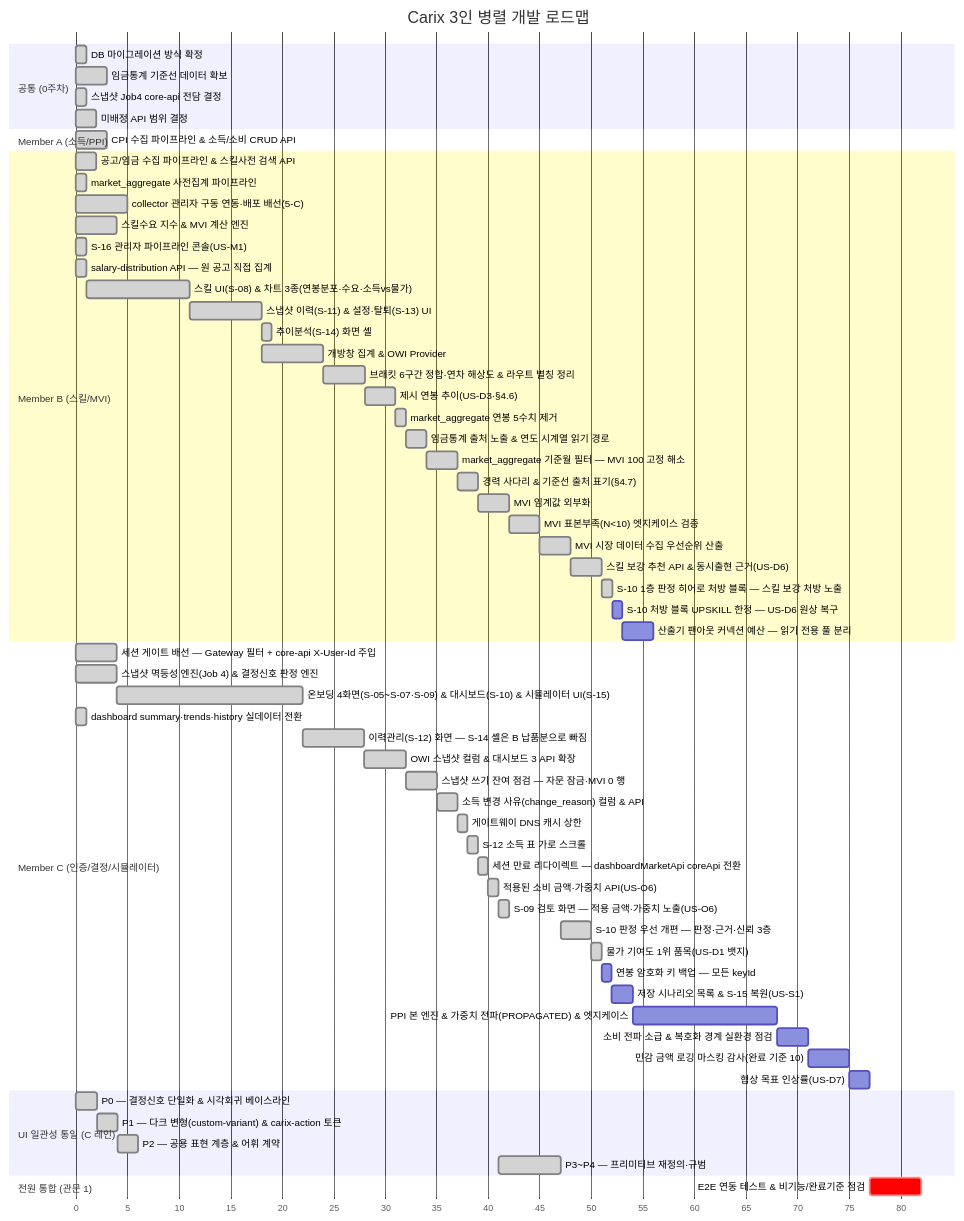
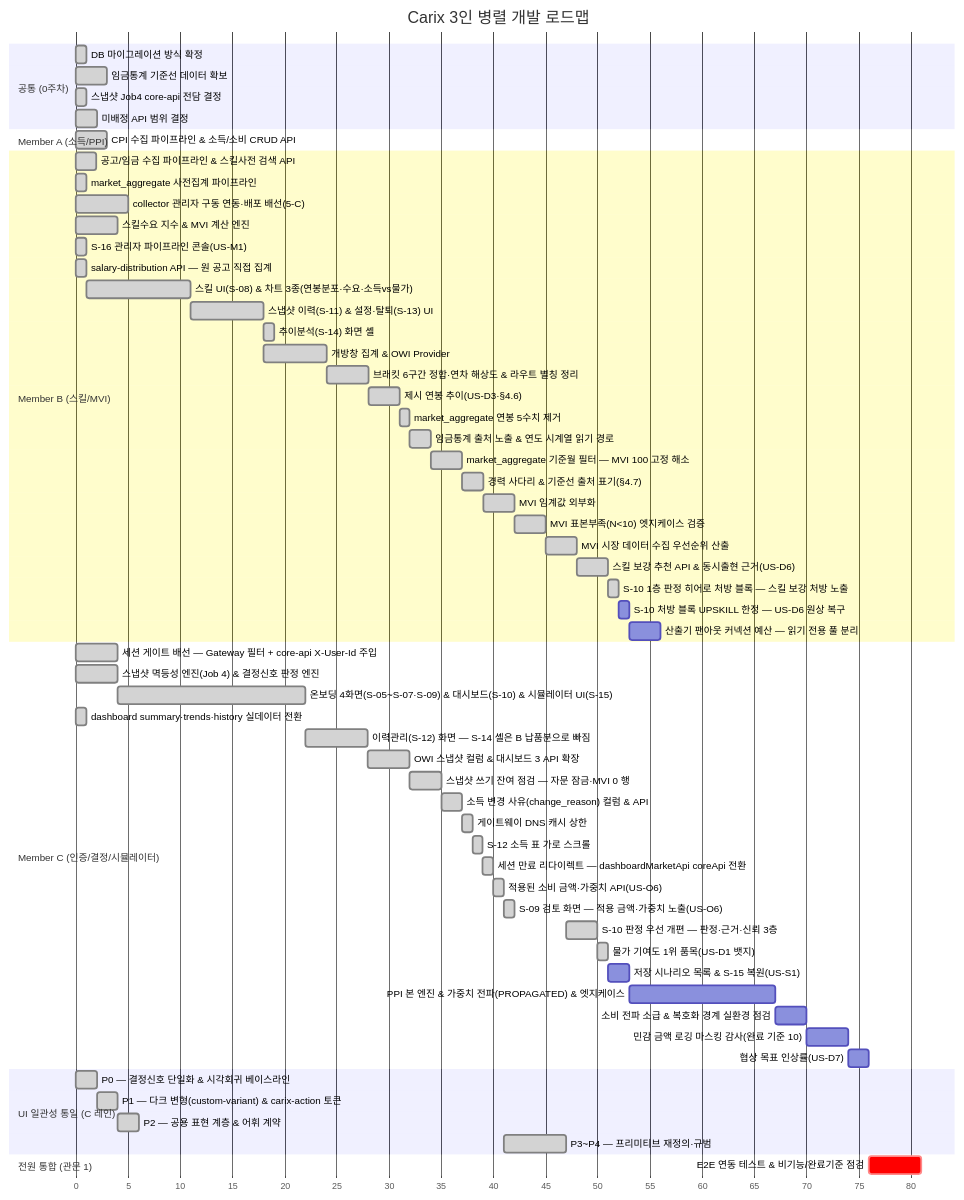
Before and after one commit to SeoHyeokGyu/Carix: the first of 2 diagrams in docs/plans/carix-dev-plan.md, drawn with Mermaid. The commit also changed other lines of this file and 1 other file, not shown here.

First line of the commit message:
docs: 연봉 암호화 키 백업(c19)을 관문 1 에서 취소한다

````diff
--- a/docs/plans/carix-dev-plan.md
+++ b/docs/plans/carix-dev-plan.md
@@ -91,66 +91,65 @@
 ```mermaid
 gantt
     title Carix 3인 병렬 개발 로드맵
     dateFormat X
     axisFormat %s
     section 공통 (0주차)
     DB 마이그레이션 방식 확정 :done, c0a, 0, 1s
     임금통계 기준선 데이터 확보 :done, a0, 3, 3s
     스냅샷 Job4 core-api 전담 결정 :done, i0, 7, 1s
     미배정 API 범위 결정 :done, c0, 7, 2s
     section Member A (소득/PPI)
     CPI 수집 파이프라인 & 소득/소비 CRUD API :done, a1, 12, 3s
     section Member B (스킬/MVI)
     공고/임금 수집 파이프라인 & 스킬사전 검색 API :done, b1, 2, 2s
     market_aggregate 사전집계 파이프라인 :done, b2a, 3, 1s
     collector 관리자 구동 연동·배포 배선(5-C) :done, b0, 7, 5s
     스킬수요 지수 & MVI 계산 엔진 :done, b2, 8, 4s
     S-16 관리자 파이프라인 콘솔(US-M1) :done, b16, 14, 1s
     salary-distribution API — 원 공고 직접 집계 :done, b3a, 15, 1s
     스킬 UI(S-08) & 차트 3종(연봉분포·수요·소득vs물가) :done, b3, after b3a, 10s
     스냅샷 이력(S-11) & 설정·탈퇴(S-13) UI :done, b4, after b3, 7s
     추이분석(S-14) 화면 셸 :done, b4a, after b4, 1s
     개방창 집계 & OWI Provider :done, b6, after b4, 6s
     브래킷 6구간 정합·연차 해상도 & 라우트 별칭 정리 :done, b7, after b6, 4s
     제시 연봉 추이(US-D3·§4.6) :done, b10, after b7, 3s
     market_aggregate 연봉 5수치 제거 :done, b11, after b10, 1s
     임금통계 출처 노출 & 연도 시계열 읽기 경로 :done, b13, after b11, 2s
     market_aggregate 기준월 필터 — MVI 100 고정 해소 :done, b18, after b13, 3s
     경력 사다리 & 기준선 출처 표기(§4.7) :done, b12, after b18, 2s
     MVI 임계값 외부화 :done, b8, after b12, 3s
     MVI 표본부족(N<10) 엣지케이스 검증 :done, b8a, after b8, 3s
     MVI 시장 데이터 수집 우선순위 산출 :done, b8b, after b8a, 3s
     스킬 보강 추천 API & 동시출현 근거(US-D6) :done, b9, after b8b, 3s
     S-10 1층 판정 히어로 처방 블록 — 스킬 보강 처방 노출 :done, b15, after b9, 1s
     S-10 처방 블록 UPSKILL 한정 — US-D6 원상 복구 :b20, after b15, 1s
     산출기 팬아웃 커넥션 예산 — 읽기 전용 풀 분리 :b17, after b20, 3s
     section Member C (인증/결정/시뮬레이터)
     세션 게이트 배선 — Gateway 필터 + core-api X-User-Id 주입 :done, c0b, 7, 4s
     스냅샷 멱등성 엔진(Job 4) & 결정신호 판정 엔진 :done, c2, 8, 4s
     온보딩 4화면(S-05~S-07·S-09) & 대시보드(S-10) & 시뮬레이터 UI(S-15) :done, c3, after c2, 18s
     dashboard summary·trends·history 실데이터 전환 :done, c4a, 15, 1s
     이력관리(S-12) 화면 — S-14 셸은 B 납품분으로 빠짐 :done, c4, after c3, 6s
     OWI 스냅샷 컬럼 & 대시보드 3 API 확장 :done, c6, after c4, 4s
     스냅샷 쓰기 잔여 점검 — 자문 잠금·MVI 0 행 :done, c5, after c6, 3s
     소득 변경 사유(change_reason) 컬럼 & API :done, c10, after c5, 2s
     게이트웨이 DNS 캐시 상한 :done, c7, after c10, 1s
     S-12 소득 표 가로 스크롤 :done, c13, after c7, 1s
     세션 만료 리다이렉트 — dashboardMarketApi coreApi 전환 :done, c16, after c13, 1s
     적용된 소비 금액·가중치 API(US-O6) :done, c11, after c16, 1s
     S-09 검토 화면 — 적용 금액·가중치 노출(US-O6) :done, c17, after c11, 1s
     S-10 판정 우선 개편 — 판정·근거·신뢰 3층 :done, c15, after ui3, 3s
     물가 기여도 1위 품목(US-D1 뱃지) :done, c12, after c15, 1s
-    연봉 암호화 키 백업 — 모든 keyId :c19, after c12, 1s
-    저장 시나리오 목록 & S-15 복원(US-S1) :c9, after c19, 2s
+    저장 시나리오 목록 & S-15 복원(US-S1) :c9, after c12, 2s
     PPI 본 엔진 & 가중치 전파(PROPAGATED) & 엣지케이스 :a2, after c9, 14s
     소비 전파 소급 & 복호화 경계 실환경 점검 :a12, after a2, 3s
     민감 금액 로깅 마스킹 감사(완료 기준 10) :a7, after a12, 4s
     협상 목표 인상률(US-D7) :c8, after a7, 2s
     section UI 일관성 통일 (C 레인)
     P0 — 결정신호 단일화 & 시각회귀 베이스라인 :done, ui0, 33, 2s
     P1 — 다크 변형(custom-variant) & carix-action 토큰 :done, ui1, after ui0, 2s
     P2 — 공용 표현 계층 & 어휘 계약 :done, ui2, after ui1, 2s
     P3~P4 — 프리미티브 재정의·규범 :done, ui3, after c11, 6s
     section 전원 통합 (관문 1)
     E2E 연동 테스트 & 비기능/완료기준 점검 :crit, e2e, after b17 c8, 5s
 ```
````
